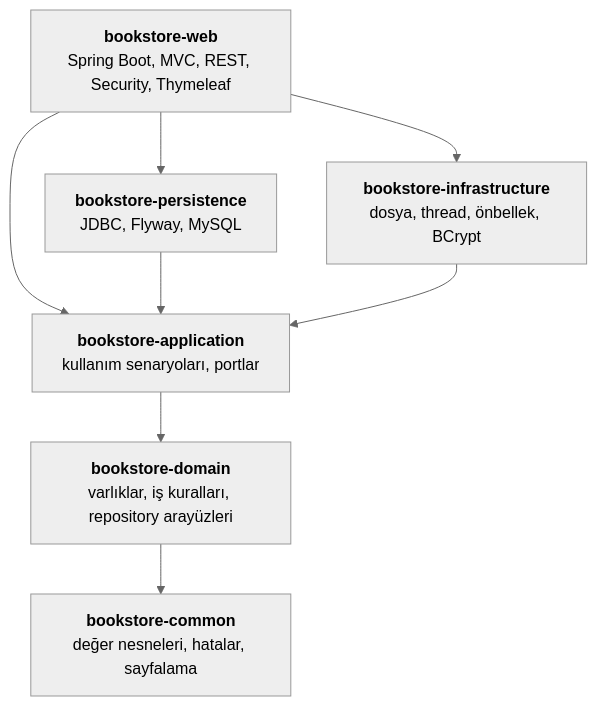
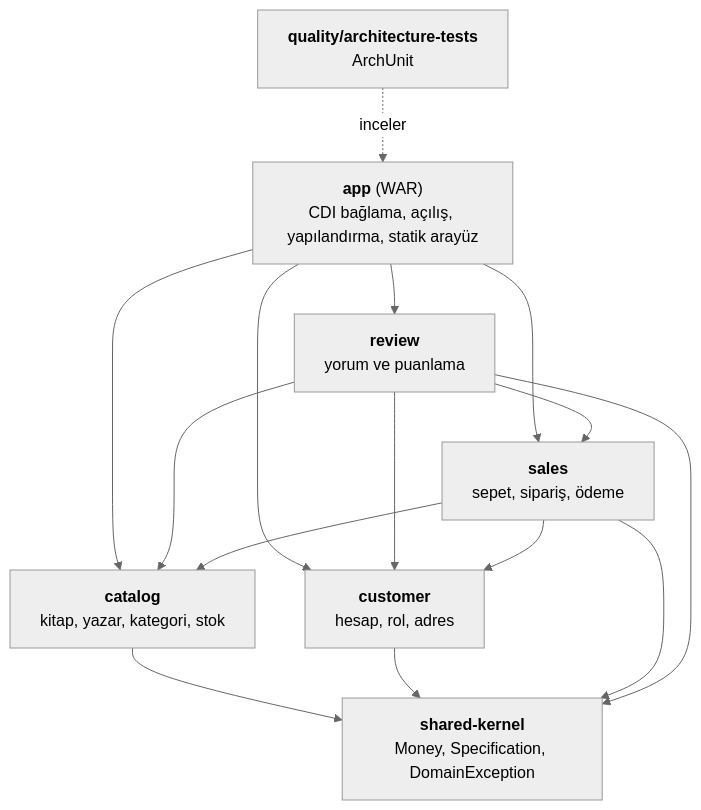
One commit to omerberatt/book-store changed the first of 3 diagrams in docs/ARCHITECTURE.md. Above: the diagram before and after it, drawn with Mermaid (neutral theme). The commit also changed other lines of this file and 23 other files, not shown here.

````diff
--- a/docs/ARCHITECTURE.md
+++ b/docs/ARCHITECTURE.md
@@ -30,17 +29,25 @@
 ```mermaid
 graph TD
-    web["<b>bookstore-web</b><br/>Spring Boot, MVC, REST, Security, Thymeleaf"]
-    persistence["<b>bookstore-persistence</b><br/>JDBC, Flyway, MySQL"]
-    infrastructure["<b>bookstore-infrastructure</b><br/>dosya, thread, önbellek, BCrypt"]
-    application["<b>bookstore-application</b><br/>kullanım senaryoları, portlar"]
-    domain["<b>bookstore-domain</b><br/>varlıklar, iş kuralları, repository arayüzleri"]
-    common["<b>bookstore-common</b><br/>değer nesneleri, hatalar, sayfalama"]
+    app["<b>app</b> (WAR)<br/>CDI bağlama, açılış, yapılandırma, statik arayüz"]
+    review["<b>review</b><br/>yorum ve puanlama"]
+    sales["<b>sales</b><br/>sepet, sipariş, ödeme"]
+    catalog["<b>catalog</b><br/>kitap, yazar, kategori, stok"]
+    customer["<b>customer</b><br/>hesap, rol, adres"]
+    kernel["<b>shared-kernel</b><br/>Money, Specification, DomainException"]
+    arch["<b>quality/architecture-tests</b><br/>ArchUnit"]
 
-    web --> application
-    web --> persistence
-    web --> infrastructure
-    persistence --> application
-    infrastructure --> application
-    application --> domain
-    domain --> common
+    app --> review
+    app --> sales
+    app --> catalog
+    app --> customer
+    review --> sales
+    review --> catalog
+    review --> customer
+    sales --> catalog
+    sales --> customer
+    catalog --> kernel
+    customer --> kernel
+    sales --> kernel
+    review --> kernel
+    arch -. inceler .-> app
 ```
````
